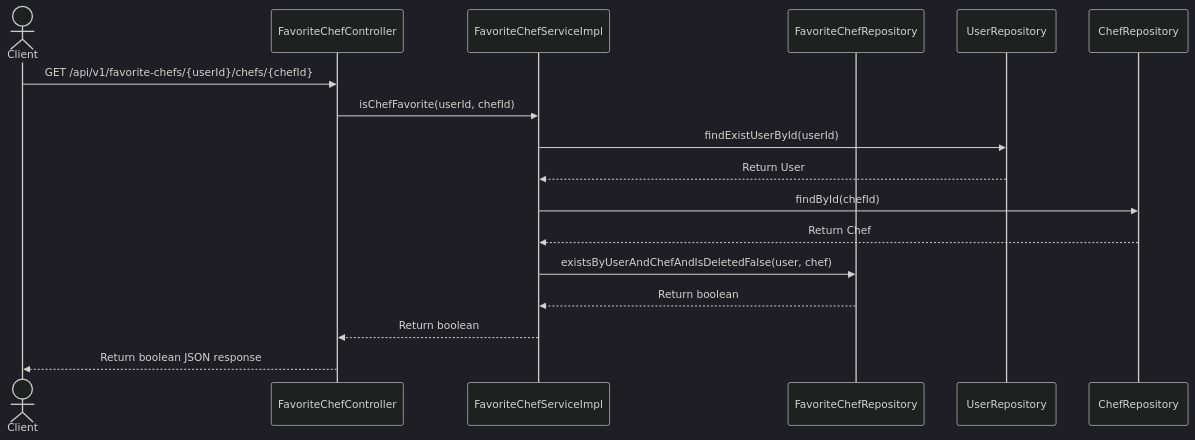
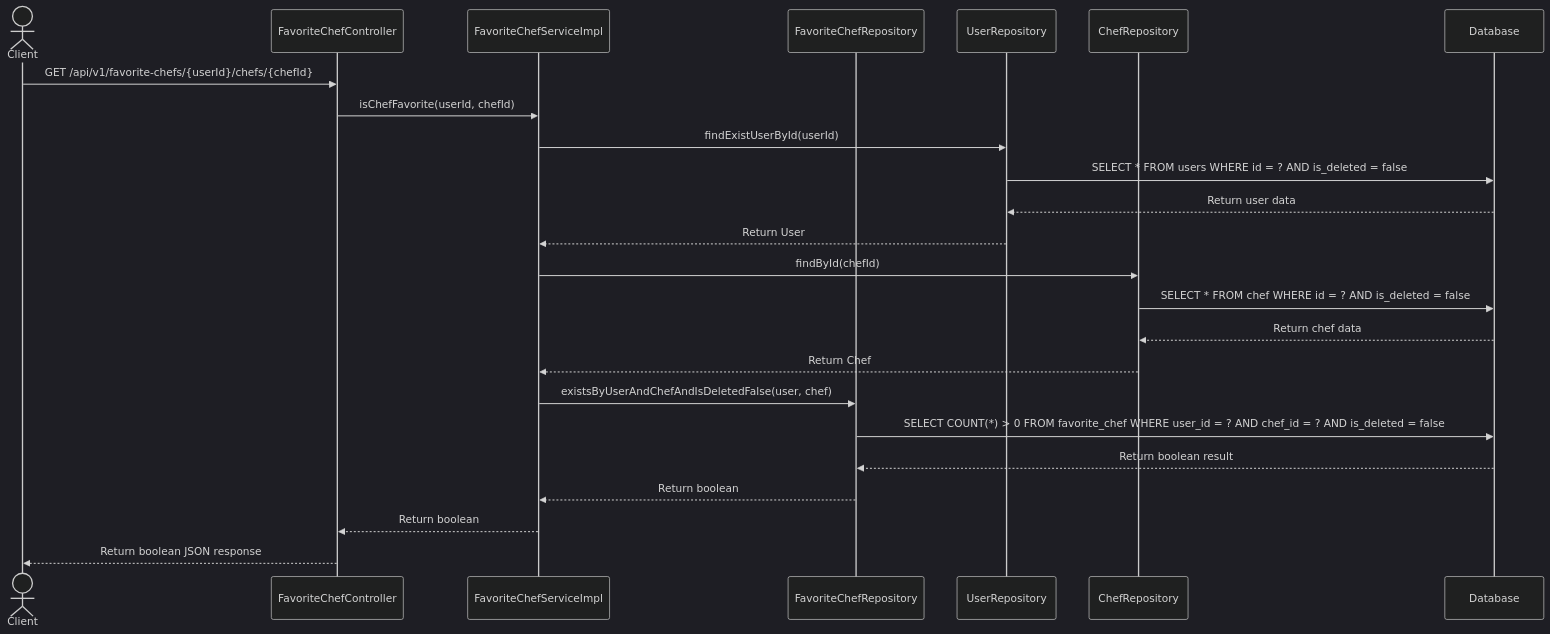
Before and after one commit to phongkhongxai/vietchef: the ninth of 9 diagrams in docs/Favorite Chef System Diagrams.md, drawn with Mermaid (dark theme). The commit also changed other lines of this file and 15 other files, not shown here.

````diff
--- a/docs/Favorite Chef System Diagrams.md
+++ b/docs/Favorite Chef System Diagrams.md
@@ -329,24 +359,31 @@
 ```mermaid
 sequenceDiagram
     actor Client
     participant FC as FavoriteChefController
     participant FS as FavoriteChefServiceImpl
     participant FCR as FavoriteChefRepository
     participant UR as UserRepository
     participant CR as ChefRepository
+    participant DB as Database
     
     Client->>FC: GET /api/v1/favorite-chefs/{userId}/chefs/{chefId}
     FC->>FS: isChefFavorite(userId, chefId)
     
     FS->>UR: findExistUserById(userId)
+    UR->>DB: SELECT * FROM users WHERE id = ? AND is_deleted = false
+    DB-->>UR: Return user data
     UR-->>FS: Return User
     
     FS->>CR: findById(chefId)
+    CR->>DB: SELECT * FROM chef WHERE id = ? AND is_deleted = false
+    DB-->>CR: Return chef data
     CR-->>FS: Return Chef
     
     FS->>FCR: existsByUserAndChefAndIsDeletedFalse(user, chef)
+    FCR->>DB: SELECT COUNT(*) > 0 FROM favorite_chef WHERE user_id = ? AND chef_id = ? AND is_deleted = false
+    DB-->>FCR: Return boolean result
     FCR-->>FS: Return boolean
     
     FS-->>FC: Return boolean
     FC-->>Client: Return boolean JSON response
 ```
````
